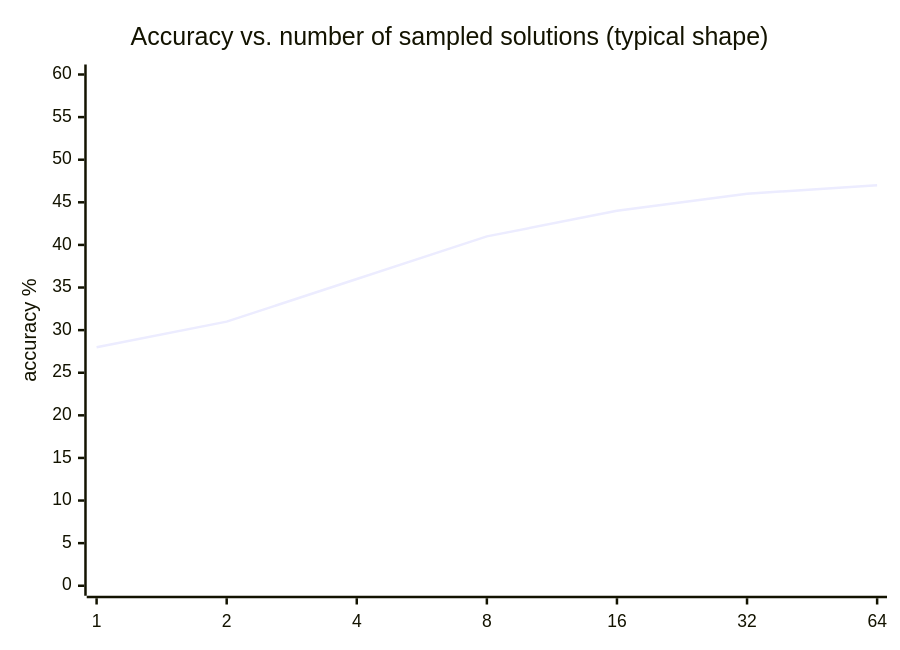
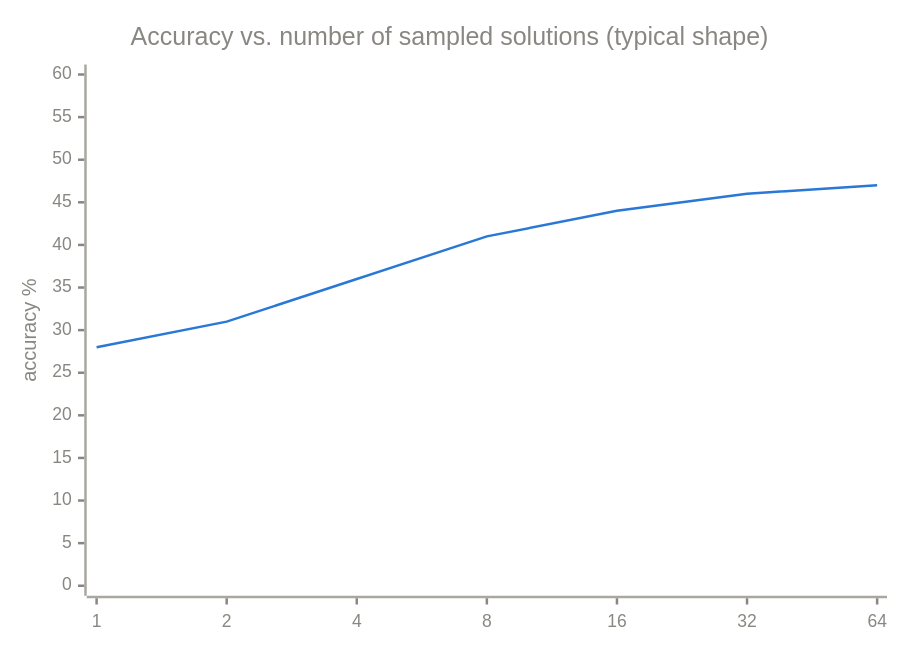
The fifth of 5 diagrams in study_guide/ch04_inference_time_scaling.md (sudhanshu-shivam-dev/reasoning_model_from_scratch), drawn with Mermaid before and after one commit. The commit also changed other lines of this file and 14 other files, not shown here.

First line of the commit message:
Restyle all 54 diagrams: consistent palette, semantic colors, better spacing

````diff
--- a/study_guide/ch04_inference_time_scaling.md
+++ b/study_guide/ch04_inference_time_scaling.md
@@ -163,7 +177,8 @@
 ```mermaid
+%%{init: {"theme":"base","themeVariables":{"xyChart":{"backgroundColor":"transparent","plotColorPalette":"#2a78d6,#1baf7a,#eda100","xAxisLabelColor":"#898781","xAxisTitleColor":"#898781","xAxisTickColor":"#898781","xAxisLineColor":"#a9a7a0","yAxisLabelColor":"#898781","yAxisTitleColor":"#898781","yAxisTickColor":"#898781","yAxisLineColor":"#a9a7a0","titleColor":"#898781"}}}}%%
 xychart-beta
     title "Accuracy vs. number of sampled solutions (typical shape)"
     x-axis [1, 2, 4, 8, 16, 32, 64]
     y-axis "accuracy %" 0 --> 60
     line [28, 31, 36, 41, 44, 46, 47]
 ```
````
